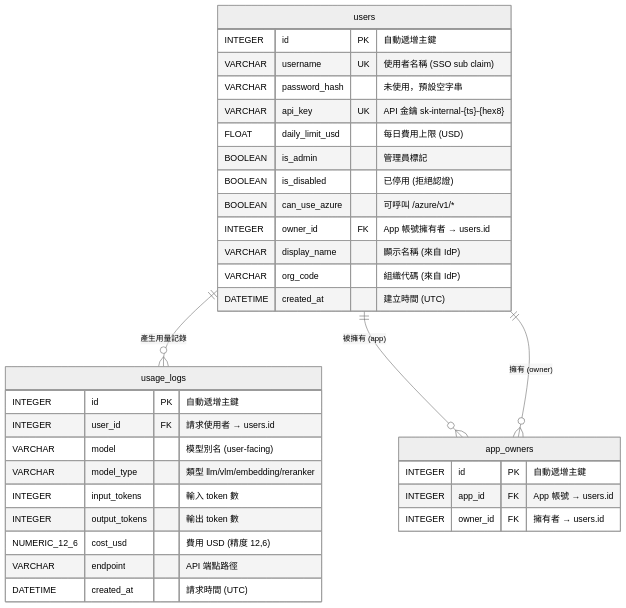
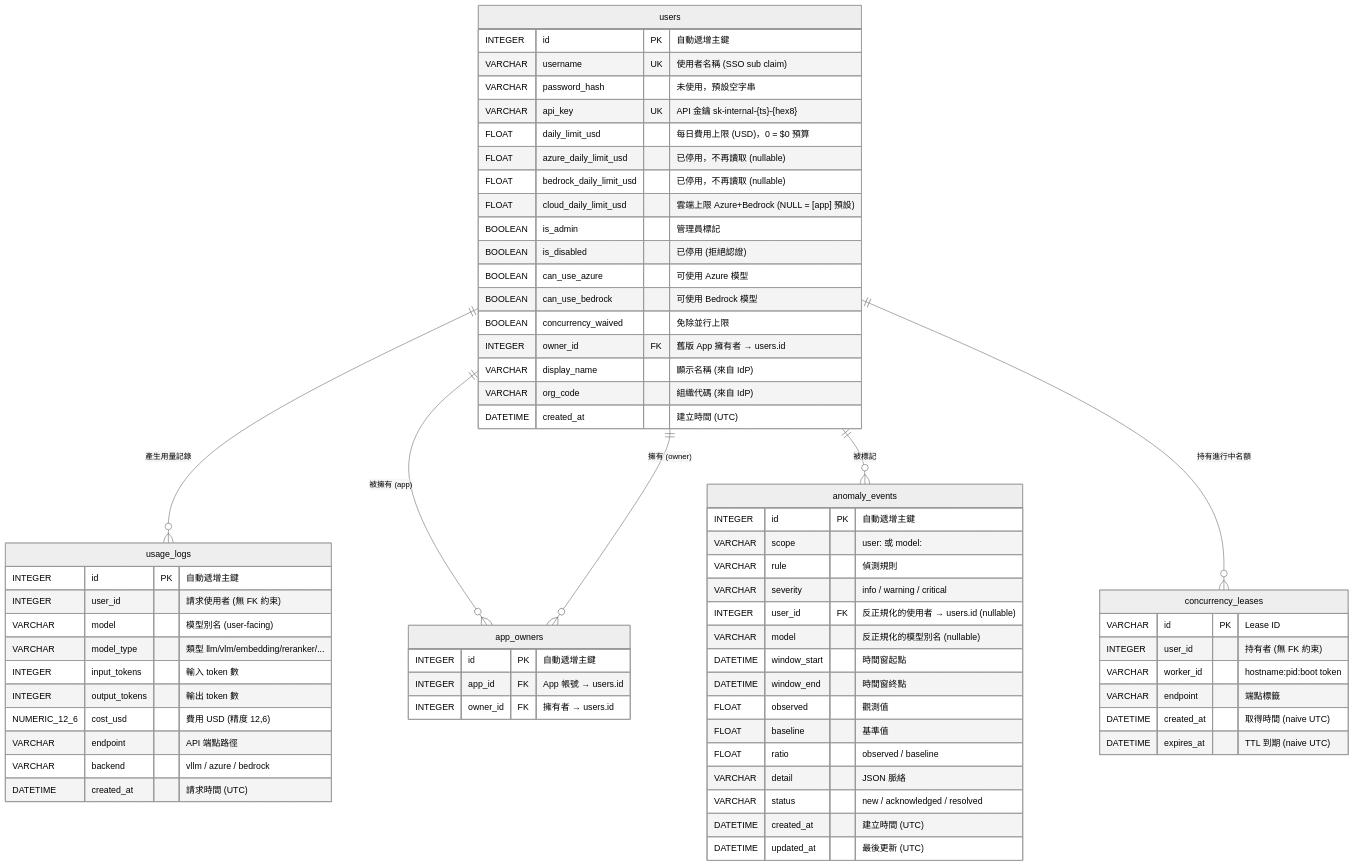
Before and after one commit to bwinken/llm-gateway: the first of 3 diagrams in app/models/README.zh-TW.md, drawn with Mermaid (neutral theme). The commit also changed other lines of this file and 6 other files, not shown here.

````diff
--- a/app/models/README.zh-TW.md
+++ b/app/models/README.zh-TW.md
@@ -15,39 +15,74 @@
 ```mermaid
 erDiagram
     users {
         INTEGER id PK "自動遞增主鍵"
         VARCHAR username UK "使用者名稱 (SSO sub claim)"
         VARCHAR password_hash "未使用，預設空字串"
         VARCHAR api_key UK "API 金鑰 sk-internal-{ts}-{hex8}"
-        FLOAT daily_limit_usd "每日費用上限 (USD)"
+        FLOAT daily_limit_usd "每日費用上限 (USD)，0 = $0 預算"
+        FLOAT azure_daily_limit_usd "已停用，不再讀取 (nullable)"
+        FLOAT bedrock_daily_limit_usd "已停用，不再讀取 (nullable)"
+        FLOAT cloud_daily_limit_usd "雲端上限 Azure+Bedrock (NULL = [app] 預設)"
         BOOLEAN is_admin "管理員標記"
         BOOLEAN is_disabled "已停用 (拒絕認證)"
-        BOOLEAN can_use_azure "可呼叫 /azure/v1/*"
-        INTEGER owner_id FK "App 帳號擁有者 → users.id"
+        BOOLEAN can_use_azure "可使用 Azure 模型"
+        BOOLEAN can_use_bedrock "可使用 Bedrock 模型"
+        BOOLEAN concurrency_waived "免除並行上限"
+        INTEGER owner_id FK "舊版 App 擁有者 → users.id"
         VARCHAR display_name "顯示名稱 (來自 IdP)"
         VARCHAR org_code "組織代碼 (來自 IdP)"
         DATETIME created_at "建立時間 (UTC)"
     }
 
     usage_logs {
         INTEGER id PK "自動遞增主鍵"
-        INTEGER user_id FK "請求使用者 → users.id"
+        INTEGER user_id "請求使用者 (無 FK 約束)"
         VARCHAR model "模型別名 (user-facing)"
-        VARCHAR model_type "類型 llm/vlm/embedding/reranker"
+        VARCHAR model_type "類型 llm/vlm/embedding/reranker/..."
         INTEGER input_tokens "輸入 token 數"
         INTEGER output_tokens "輸出 token 數"
         NUMERIC_12_6 cost_usd "費用 USD (精度 12,6)"
         VARCHAR endpoint "API 端點路徑"
+        VARCHAR backend "vllm / azure / bedrock"
         DATETIME created_at "請求時間 (UTC)"
     }
 
     app_owners {
         INTEGER id PK "自動遞增主鍵"
         INTEGER app_id FK "App 帳號 → users.id"
         INTEGER owner_id FK "擁有者 → users.id"
     }
 
+    anomaly_events {
+        INTEGER id PK "自動遞增主鍵"
+        VARCHAR scope "user:<id> 或 model:<alias>"
+        VARCHAR rule "偵測規則"
+        VARCHAR severity "info / warning / critical"
+        INTEGER user_id FK "反正規化的使用者 → users.id (nullable)"
+        VARCHAR model "反正規化的模型別名 (nullable)"
+        DATETIME window_start "時間窗起點"
+        DATETIME window_end "時間窗終點"
+        FLOAT observed "觀測值"
+        FLOAT baseline "基準值"
+        FLOAT ratio "observed / baseline"
+        VARCHAR detail "JSON 脈絡"
+        VARCHAR status "new / acknowledged / resolved"
+        DATETIME created_at "建立時間 (UTC)"
+        DATETIME updated_at "最後更新 (UTC)"
+    }
+
+    concurrency_leases {
+        VARCHAR id PK "Lease ID"
+        INTEGER user_id "持有者 (無 FK 約束)"
+        VARCHAR worker_id "hostname:pid:boot token"
+        VARCHAR endpoint "端點標籤"
+        DATETIME created_at "取得時間 (naive UTC)"
+        DATETIME expires_at "TTL 到期 (naive UTC)"
+    }
+
     users ||--o{ usage_logs : "產生用量記錄"
     users ||--o{ app_owners : "被擁有 (app)"
     users ||--o{ app_owners : "擁有 (owner)"
+    users ||--o{ anomaly_events : "被標記"
+    users ||--o{ concurrency_leases : "持有進行中名額"
 ```
````
